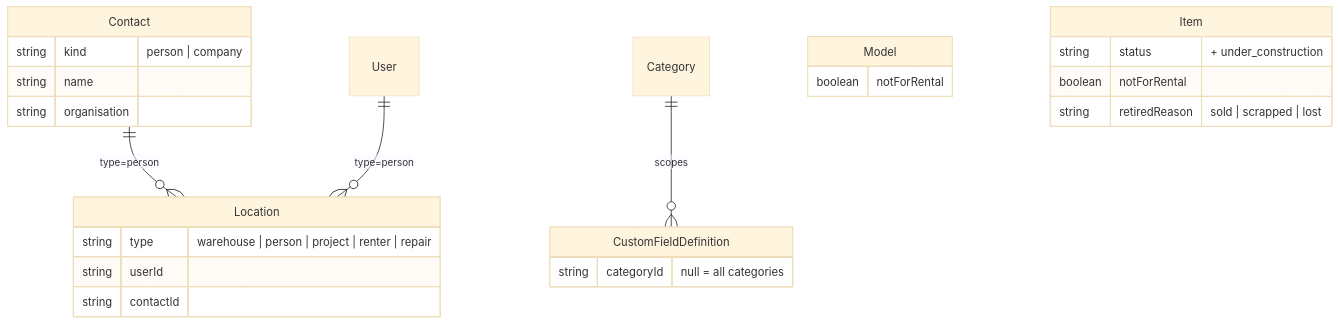
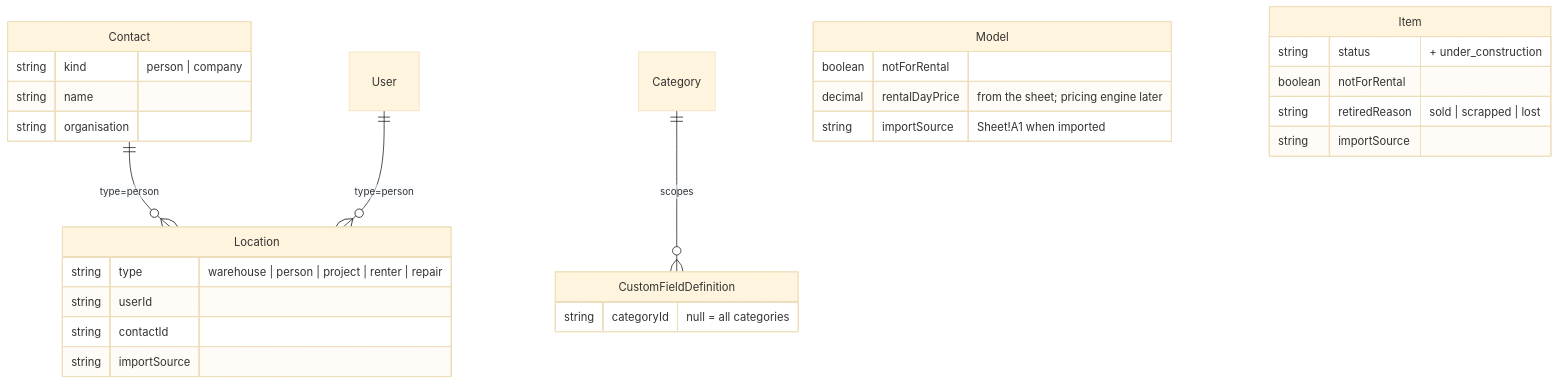
One commit to vertigojeppe/vertigo-gear-management changed the second of 5 diagrams in docs/ARCHITECTURE.md. Above: the diagram before and after it, drawn with Mermaid (base theme). The commit also changed other lines of this file and 34 other files, not shown here.

````diff
--- a/docs/ARCHITECTURE.md
+++ b/docs/ARCHITECTURE.md
@@ -88,28 +89,32 @@
 ```mermaid
 erDiagram
   Contact ||--o{ Location : "type=person"
   User ||--o{ Location : "type=person"
   Category ||--o{ CustomFieldDefinition : "scopes"
 
   Contact {
     string kind "person | company"
     string name
     string organisation
   }
   Model {
     boolean notForRental
+    decimal rentalDayPrice "from the sheet; pricing engine later"
+    string importSource "Sheet!A1 when imported"
   }
   Item {
     string status "+ under_construction"
     boolean notForRental
     string retiredReason "sold | scrapped | lost"
+    string importSource
   }
   Location {
     string type "warehouse | person | project | renter | repair"
     string userId
     string contactId
+    string importSource
   }
   CustomFieldDefinition {
     string categoryId "null = all categories"
   }
 ```
````
